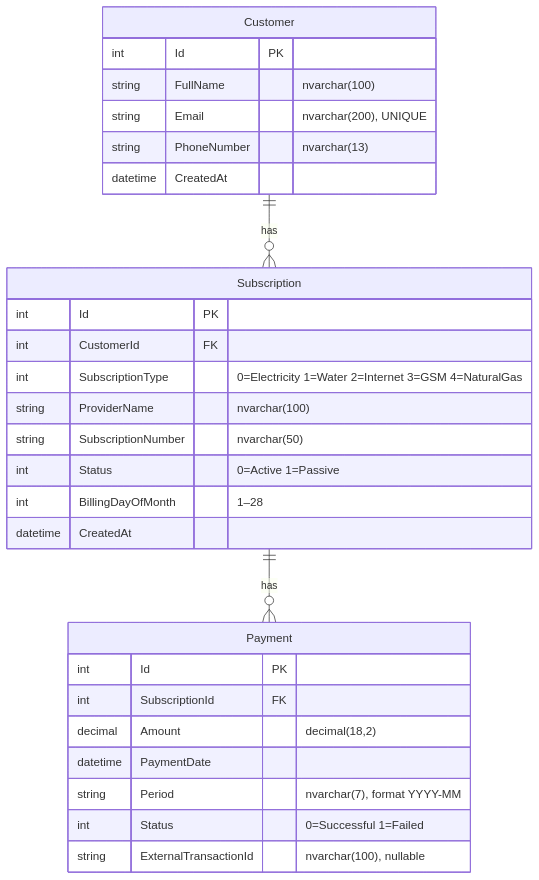
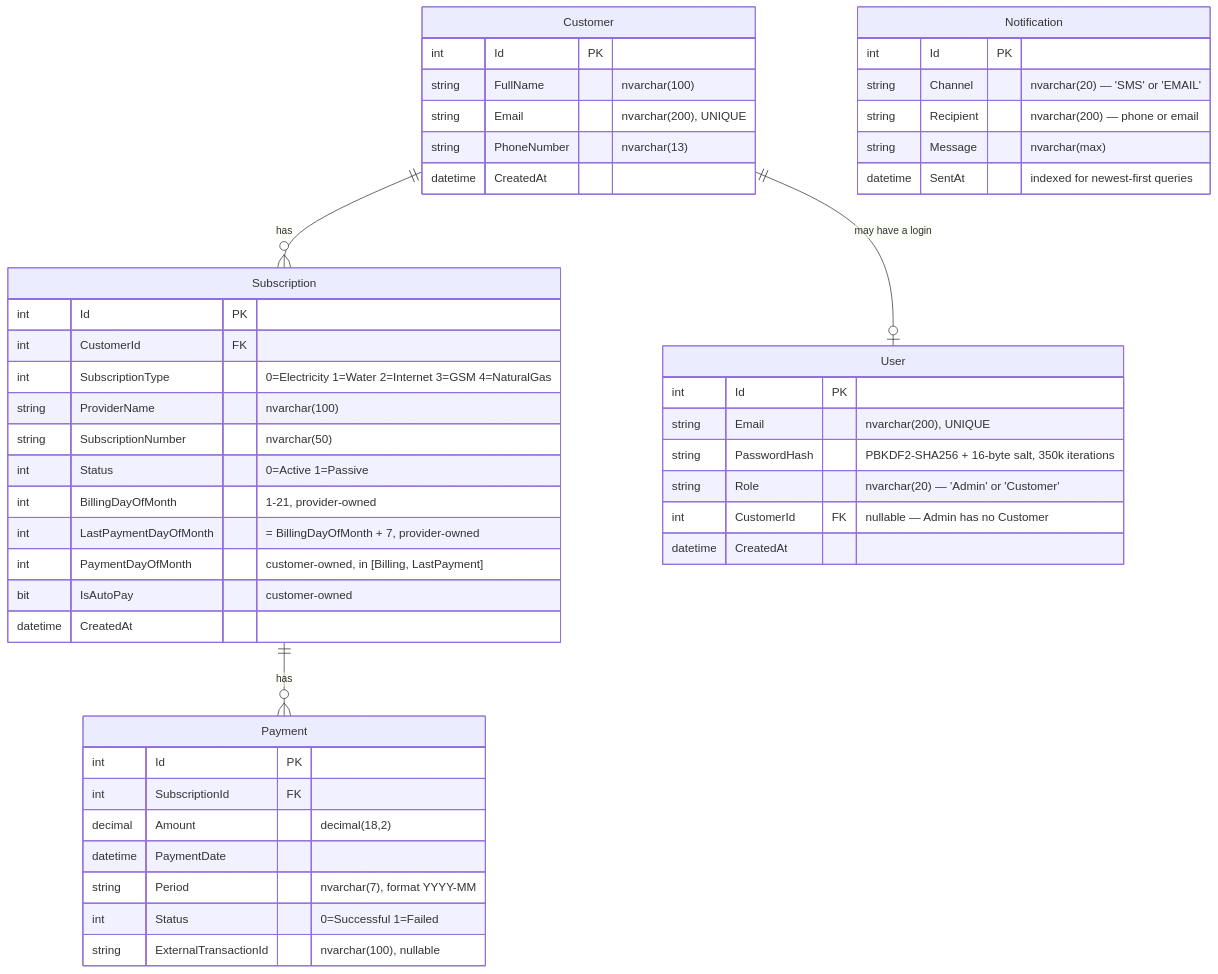
Before and after one commit to maliackgoz/ArchiCase: the diagram in docs/ER-diagram.md, drawn with Mermaid. The commit also changed other lines of this file and 91 other files, not shown here.

Commit message:
Add extra Phase 10: Post-bootstrap iteration (portal, auto-pay, notifications log, admin restructure)

````diff
--- a/docs/ER-diagram.md
+++ b/docs/ER-diagram.md
@@ -3,34 +3,55 @@
 ```mermaid
 erDiagram
     Customer {
         int Id PK
         string FullName "nvarchar(100)"
         string Email "nvarchar(200), UNIQUE"
         string PhoneNumber "nvarchar(13)"
         datetime CreatedAt
     }
 
     Subscription {
         int Id PK
         int CustomerId FK
         int SubscriptionType "0=Electricity 1=Water 2=Internet 3=GSM 4=NaturalGas"
         string ProviderName "nvarchar(100)"
         string SubscriptionNumber "nvarchar(50)"
         int Status "0=Active 1=Passive"
-        int BillingDayOfMonth "1–28"
+        int BillingDayOfMonth "1-21, provider-owned"
+        int LastPaymentDayOfMonth "= BillingDayOfMonth + 7, provider-owned"
+        int PaymentDayOfMonth "customer-owned, in [Billing, LastPayment]"
+        bit IsAutoPay "customer-owned"
         datetime CreatedAt
     }
 
     Payment {
         int Id PK
         int SubscriptionId FK
         decimal Amount "decimal(18,2)"
         datetime PaymentDate
         string Period "nvarchar(7), format YYYY-MM"
         int Status "0=Successful 1=Failed"
         string ExternalTransactionId "nvarchar(100), nullable"
     }
 
+    User {
+        int Id PK
+        string Email "nvarchar(200), UNIQUE"
+        string PasswordHash "PBKDF2-SHA256 + 16-byte salt, 350k iterations"
+        string Role "nvarchar(20) — 'Admin' or 'Customer'"
+        int CustomerId FK "nullable — Admin has no Customer"
+        datetime CreatedAt
+    }
+
+    Notification {
+        int Id PK
+        string Channel "nvarchar(20) — 'SMS' or 'EMAIL'"
+        string Recipient "nvarchar(200) — phone or email"
+        string Message "nvarchar(max)"
+        datetime SentAt "indexed for newest-first queries"
+    }
+
     Customer ||--o{ Subscription : "has"
     Subscription ||--o{ Payment : "has"
+    Customer ||--o| User : "may have a login"
 ```
````
